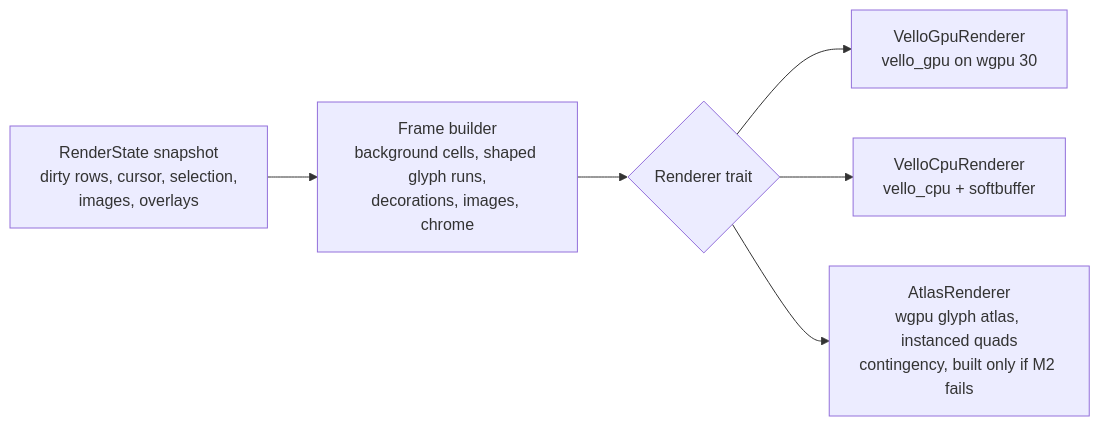
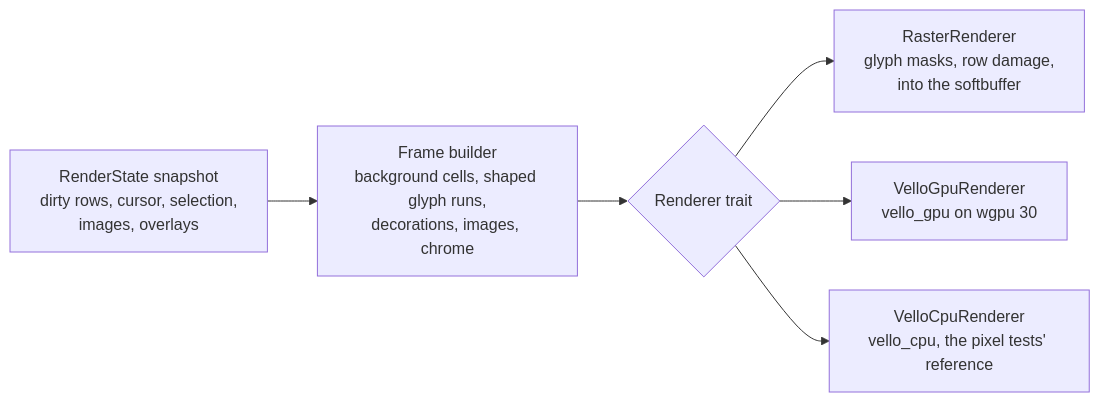
One commit to Black-Rainbow-Labs/Termoil changed the third of 4 diagrams in docs/TDD.md. Above: the diagram before and after it, drawn with Mermaid. The commit also changed other lines of this file and 30 other files, not shown here.

````diff
--- a/docs/TDD.md
+++ b/docs/TDD.md
@@ -140,8 +140,8 @@
 ```mermaid
 flowchart LR
   snap[RenderState snapshot\ndirty rows, cursor, selection,\nimages, overlays] --> build[Frame builder\nbackground cells, shaped glyph runs,\ndecorations, images, chrome]
   build --> trait{Renderer trait}
+  trait --> raster[RasterRenderer\nglyph masks, row damage,\ninto the softbuffer]
   trait --> gpu[VelloGpuRenderer\nvello_gpu on wgpu 30]
-  trait --> cpu[VelloCpuRenderer\nvello_cpu + softbuffer]
-  trait --> atlas[AtlasRenderer\nwgpu glyph atlas, instanced quads\ncontingency, built only if M2 fails]
+  trait --> cpu[VelloCpuRenderer\nvello_cpu, the pixel tests' reference]
 ```
````
